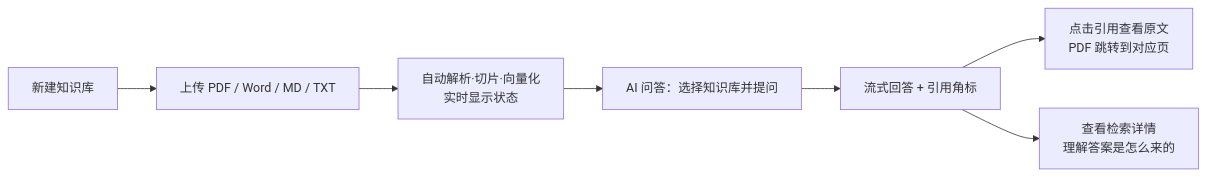
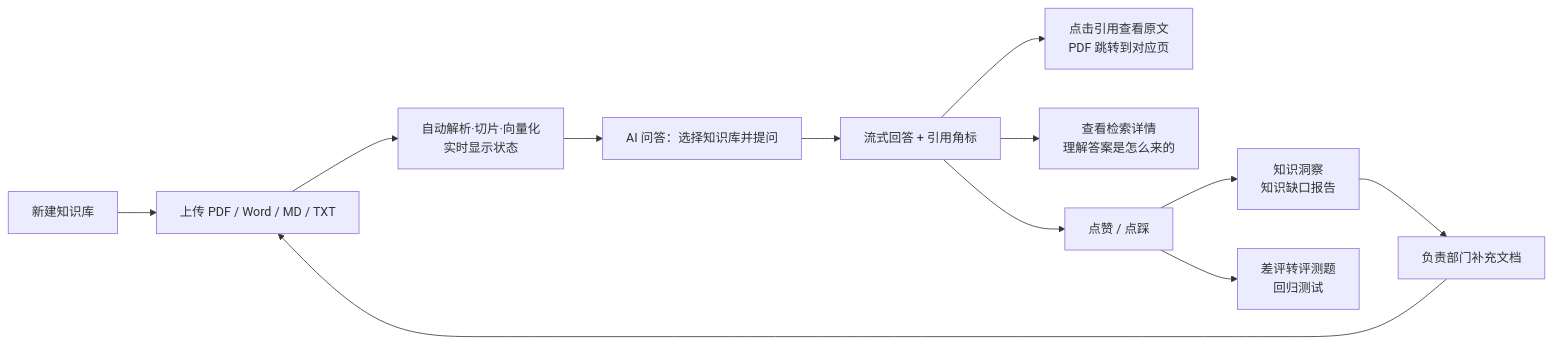
The first of 4 diagrams in README.md (YalinMa/enterprise-ai-knowledge-base), drawn with Mermaid before and after one commit. The commit also changed other lines of this file and 36 other files, not shown here.

````diff
--- a/README.md
+++ b/README.md
@@ -54,9 +80,13 @@
 ```mermaid
 flowchart LR
     A[新建知识库] --> B[上传 PDF / Word / MD / TXT]
     B --> C[自动解析·切片·向量化<br/>实时显示状态]
     C --> D[AI 问答：选择知识库并提问]
     D --> E[流式回答 + 引用角标]
     E --> F[点击引用查看原文<br/>PDF 跳转到对应页]
     E --> G[查看检索详情<br/>理解答案是怎么来的]
+    E --> H[点赞 / 点踩]
+    H --> I[知识洞察<br/>知识缺口报告]
+    I --> J[负责部门补充文档] --> B
+    H --> K[差评转评测题<br/>回归测试]
 ```
````
